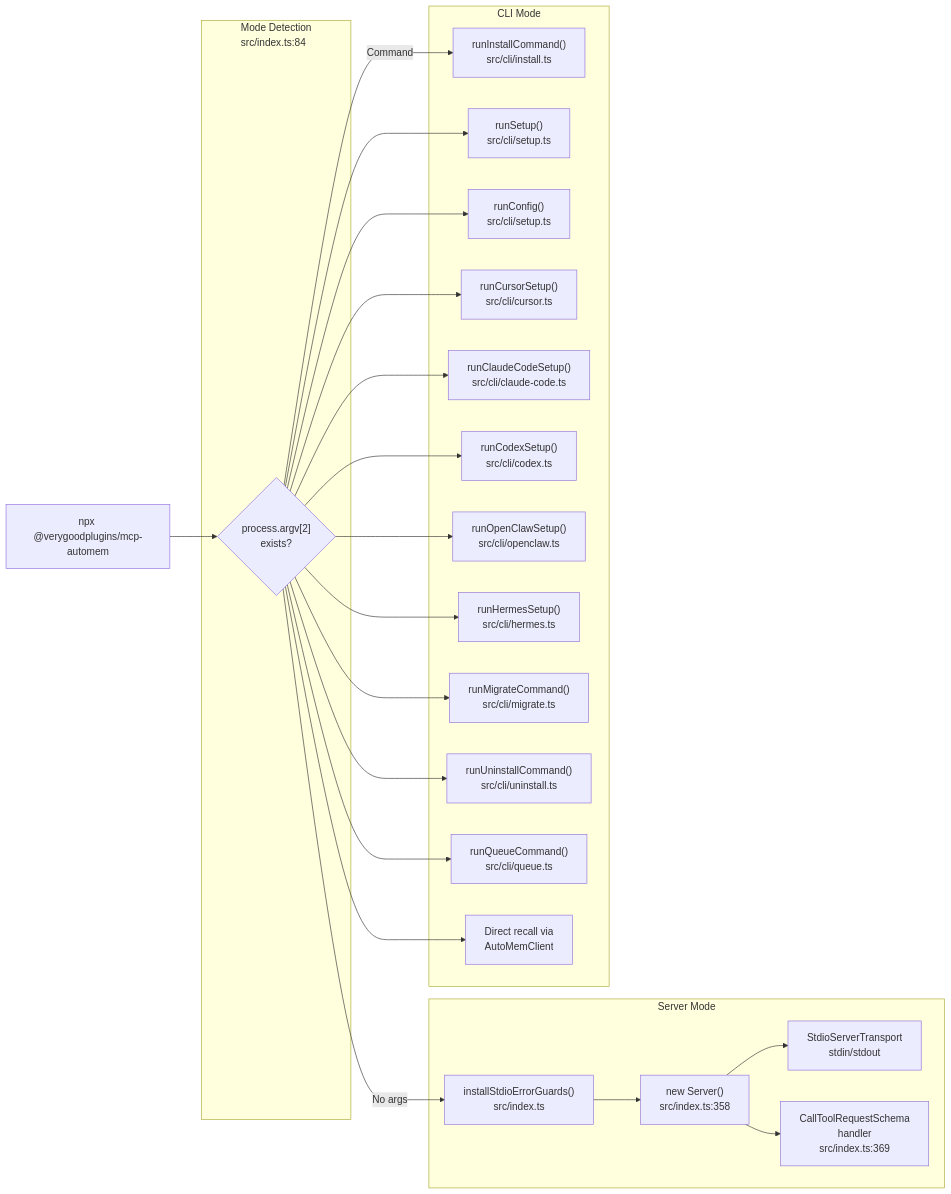
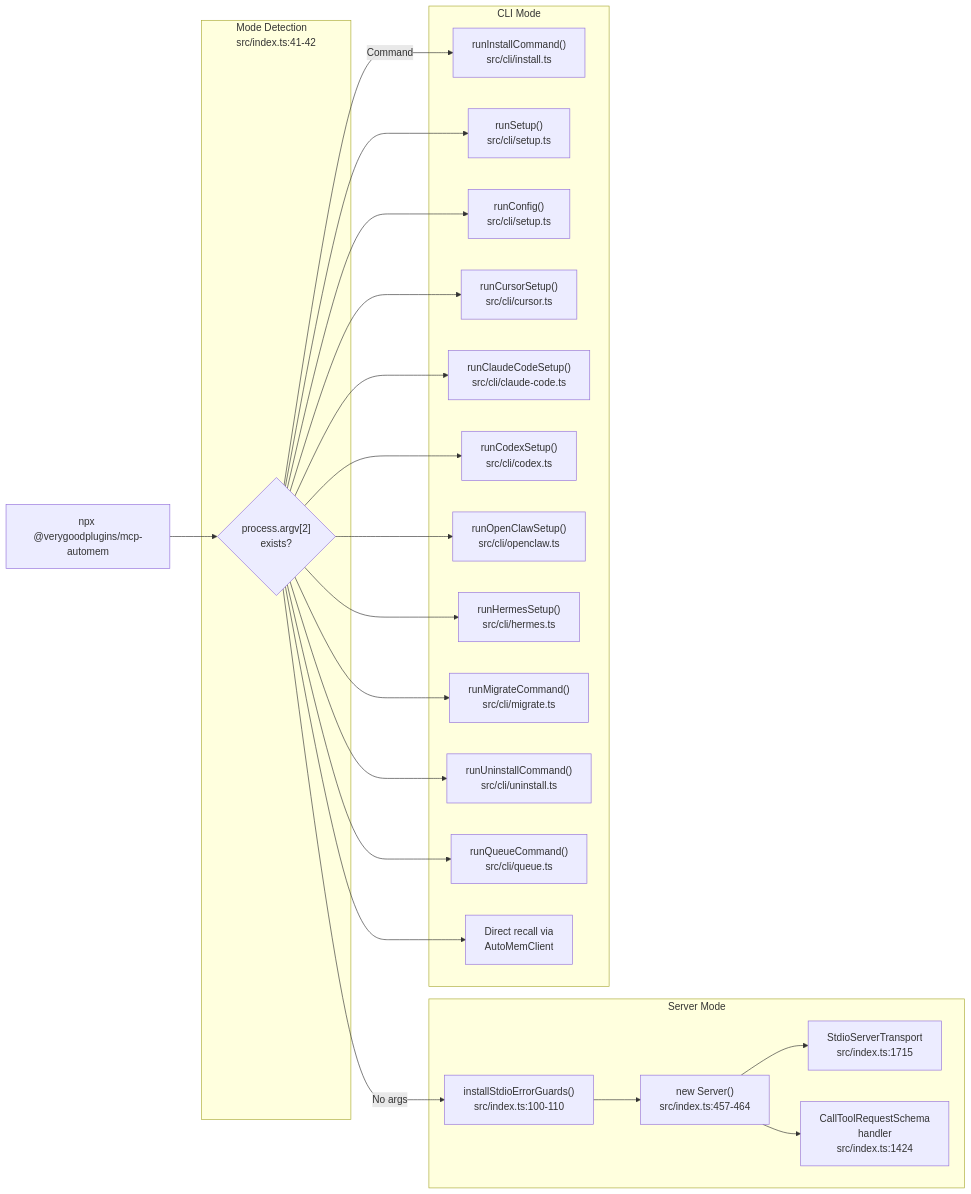
The second of 6 diagrams in src/content/docs/docs/architecture/mcp-bridge.md (verygoodplugins/automem-website), drawn with Mermaid before and after one commit. The commit also changed 3 other files, not shown here.

````diff
--- a/src/content/docs/docs/architecture/mcp-bridge.md
+++ b/src/content/docs/docs/architecture/mcp-bridge.md
@@ -81,50 +81,50 @@
 ```mermaid
 graph LR
     START["npx @verygoodplugins/mcp-automem"]
 
-    subgraph Detection["Mode Detection<br/>src/index.ts:84"]
+    subgraph Detection["Mode Detection<br/>src/index.ts:41-42"]
         CHECK{"process.argv[2]<br/>exists?"}
     end
 
     subgraph Server_Mode["Server Mode"]
-        STDIO_GUARD["installStdioErrorGuards()<br/>src/index.ts"]
-        MCP_SERVER["new Server()<br/>src/index.ts:358"]
-        STDIO_TRANSPORT["StdioServerTransport<br/>stdin/stdout"]
-        TOOL_HANDLER["CallToolRequestSchema<br/>handler<br/>src/index.ts:369"]
+        STDIO_GUARD["installStdioErrorGuards()<br/>src/index.ts:100-110"]
+        MCP_SERVER["new Server()<br/>src/index.ts:457-464"]
+        STDIO_TRANSPORT["StdioServerTransport<br/>src/index.ts:1715"]
+        TOOL_HANDLER["CallToolRequestSchema<br/>handler<br/>src/index.ts:1424"]
     end
 
     subgraph CLI_Mode["CLI Mode"]
         INSTALL["runInstallCommand()<br/>src/cli/install.ts"]
         SETUP["runSetup()<br/>src/cli/setup.ts"]
         CONFIG["runConfig()<br/>src/cli/setup.ts"]
         CURSOR["runCursorSetup()<br/>src/cli/cursor.ts"]
         CLAUDE_CODE["runClaudeCodeSetup()<br/>src/cli/claude-code.ts"]
         CODEX["runCodexSetup()<br/>src/cli/codex.ts"]
         OPENCLAW["runOpenClawSetup()<br/>src/cli/openclaw.ts"]
         HERMES["runHermesSetup()<br/>src/cli/hermes.ts"]
         MIGRATE["runMigrateCommand()<br/>src/cli/migrate.ts"]
         UNINSTALL["runUninstallCommand()<br/>src/cli/uninstall.ts"]
         QUEUE["runQueueCommand()<br/>src/cli/queue.ts"]
         RECALL["Direct recall via<br/>AutoMemClient"]
     end
 
     START --> CHECK
     CHECK -->|"No args"| STDIO_GUARD
     CHECK -->|"Command"| INSTALL
 
     STDIO_GUARD --> MCP_SERVER
     MCP_SERVER --> STDIO_TRANSPORT
     MCP_SERVER --> TOOL_HANDLER
 
     CHECK --> SETUP
     CHECK --> CONFIG
     CHECK --> CURSOR
     CHECK --> CLAUDE_CODE
     CHECK --> CODEX
     CHECK --> OPENCLAW
     CHECK --> HERMES
     CHECK --> MIGRATE
     CHECK --> UNINSTALL
     CHECK --> QUEUE
     CHECK --> RECALL
 ```
````
